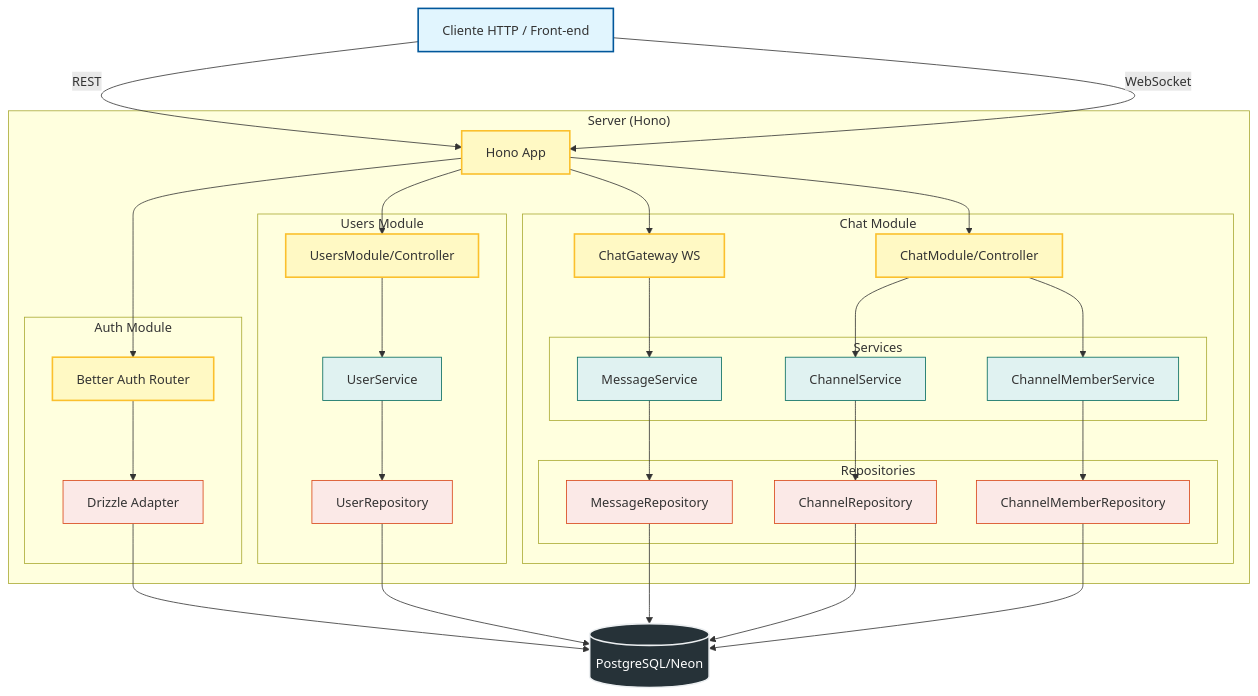
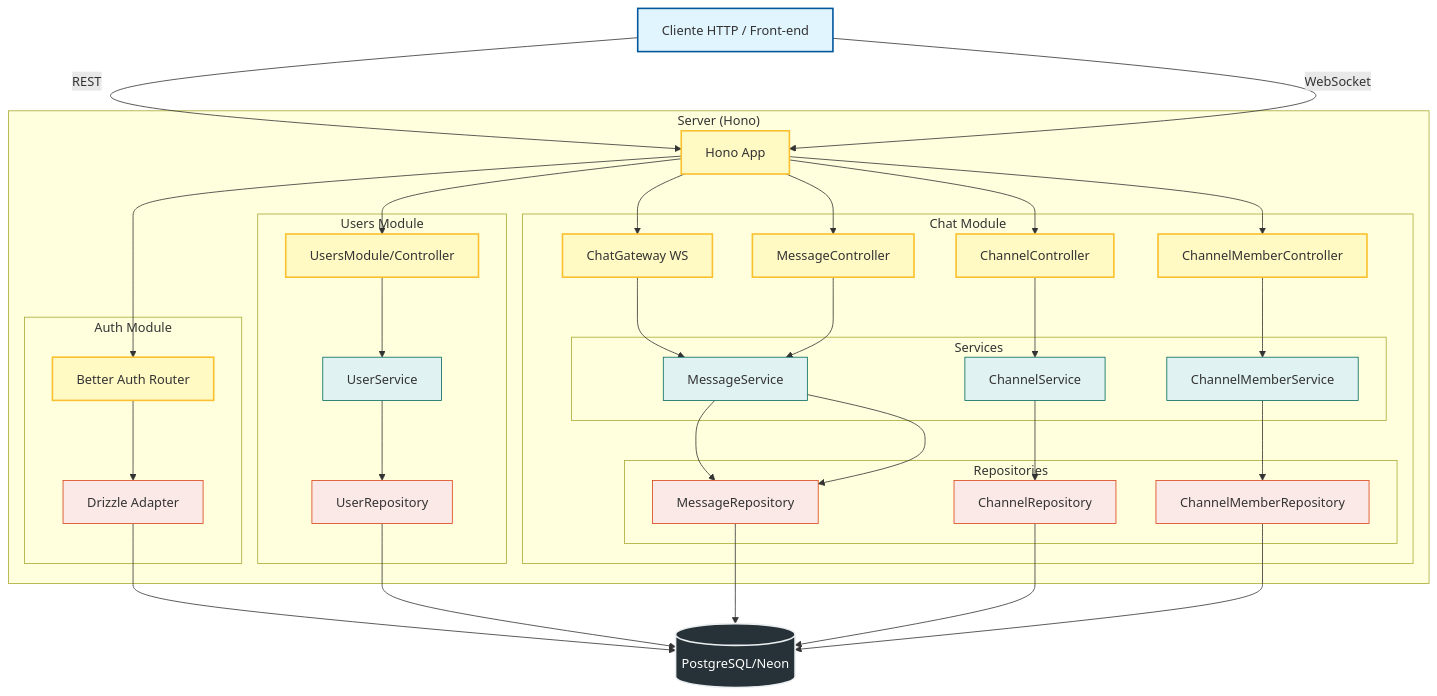
The diagram in README.md (JosueXDa/back-chat-message), drawn with Mermaid before and after one commit. The commit also changed other lines of this file and 7 other files, not shown here.

First line of the commit message:
feat(chat): implement message persistence endpoints and websocket fix

````diff
--- a/README.md
+++ b/README.md
@@ -39,64 +55,69 @@
 ```mermaid
 graph TD
     %% Definición de estilos para que sea visualmente claro
     classDef client fill:#e1f5fe,stroke:#01579b,stroke-width:2px;
     classDef entry fill:#fff9c4,stroke:#fbc02d,stroke-width:2px;
     classDef logic fill:#e0f2f1,stroke:#00695c,stroke-width:1px;
     classDef data fill:#fbe9e7,stroke:#d84315,stroke-width:1px;
     classDef db fill:#263238,stroke:#eceff1,stroke-width:2px,color:#fff;
 
     A[Cliente HTTP / Front-end]:::client
     H[(PostgreSQL/Neon)]:::db
 
     subgraph "Server (Hono)"
         B[Hono App]:::entry
         
         subgraph "Auth Module"
             C[Better Auth Router]:::entry
             G[Drizzle Adapter]:::data
         end
 
         subgraph "Users Module"
             D[UsersModule/Controller]:::entry
             E[UserService]:::logic
             F[UserRepository]:::data
         end
 
         subgraph "Chat Module"
             I[ChatGateway WS]:::entry
-            L[ChatModule/Controller]:::entry
+            L[ChannelController]:::entry
+            R[MessageController]:::entry
+            S[ChannelMemberController]:::entry
             
             subgraph Services
                 J[MessageService]:::logic
                 M[ChannelService]:::logic
                 O[ChannelMemberService]:::logic
             end
 
             subgraph Repositories
                 K[MessageRepository]:::data
                 N[ChannelRepository]:::data
                 P[ChannelMemberRepository]:::data
             end
         end
     end
 
     %% Conexiones
     A -->|REST| B
     A -->|WebSocket| B
     
     %% Rutas desde Hono
     B --> C
     B --> D
     B --> I
     B --> L
+    B --> R
+    B --> S
 
     %% Conexiones Internas
     C --> G
     D --> E --> F
     I --> J --> K
     L --> M --> N
-    L --> O --> P
+    R --> J --> K
+    S --> O --> P
 
     %% Conexiones a DB
     G & F & K & N & P --> H
 ```
````
